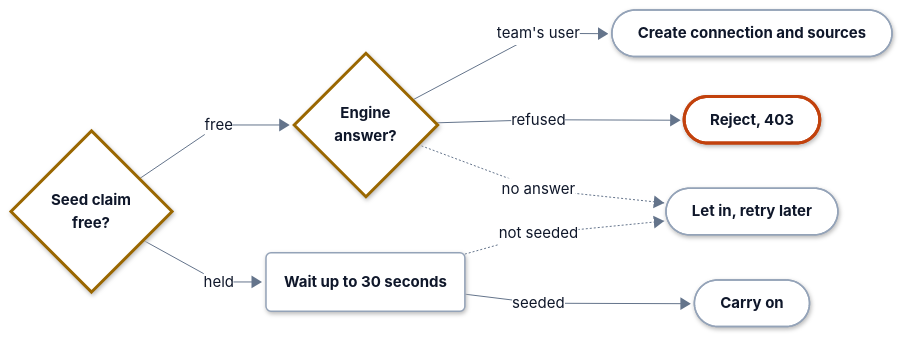
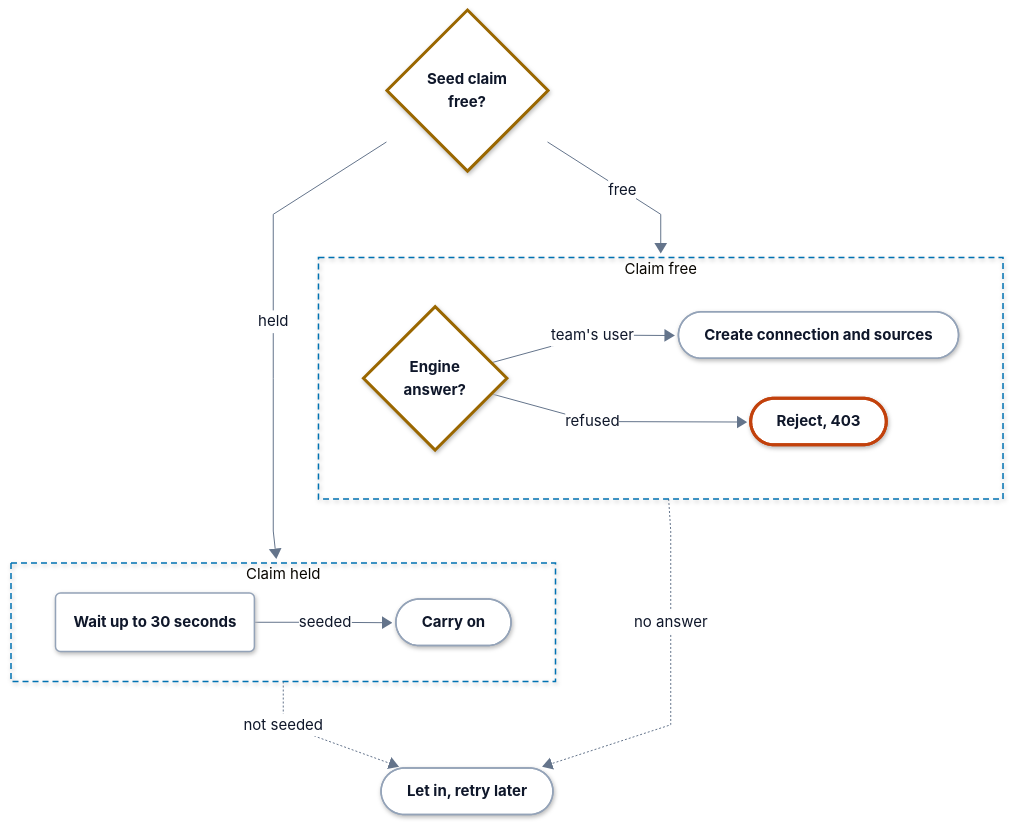
Before and after one commit to hyperi-io/dfe-hyperdx: the second of 2 diagrams in docs/architecture/team-identity.md, drawn with Mermaid. The commit also changed 15 other files, not shown here.

First line of the commit message:
docs(architecture): add the architecture page and fit every flowchart (#234)

````diff
--- a/docs/architecture/team-identity.md
+++ b/docs/architecture/team-identity.md
@@ -154,23 +154,33 @@
     .ui .label-icon{color:#D9480F}
     .ext .label-icon{color:#64748B}
 ---
-flowchart LR
+flowchart TB
   accTitle: L4 Detail -- Seeding a team connection
   accDescr: A request takes the team's seed claim if it is free and asks the engine for the caller's connection. The team's own user creates the connection and its sources. An engine 401 or 403, or another ClickHouse user, is refused with 403. Any other answer lets the request in and retries later. A request that finds the claim held waits for that seed, then carries on if the connection exists or retries later.
   claim{"<b>Seed claim<br/>free?</b>"}
-  ask{"<b>Engine<br/>answer?</b>"}
-  wait("<b>Wait up to 30 seconds</b>")
-  create(["<b>Create connection and sources</b>"])
-  refuse(["<b>Reject, 403</b>"])
+  subgraph free["Claim free"]
+    direction LR
+    ask{"<b>Engine<br/>answer?</b>"}
+    create(["<b>Create connection and sources</b>"])
+    refuse(["<b>Reject, 403</b>"])
+    ask -->|team's user| create
+    ask -->|refused| refuse
+  end
+  subgraph held["Claim held"]
+    direction LR
+    wait("<b>Wait up to 30 seconds</b>")
+    carry(["<b>Carry on</b>"])
+    wait -->|seeded| carry
+  end
   later(["<b>Let in, retry later</b>"])
-  carry(["<b>Carry on</b>"])
-  claim -->|free| ask
-  claim -->|held| wait
-  ask -->|team's user| create
-  ask -->|refused| refuse
+  claim -->|free| free
+  claim -->|held| held
+  free ~~~ held
   ask -.->|no answer| later
   wait -.->|not seeded| later
-  wait -->|seeded| carry
+  class claim,ask decision
+  class wait,create,later,carry part
+  class refuse error
   classDef ext fill:#F4F6F8,stroke:#94A3B8,stroke-width:1.5px,stroke-dasharray:5 4,color:#0F172A
   classDef ingest fill:#FFFFFF,stroke:#0E8A7D,stroke-width:3px,color:#0F172A
   classDef xform fill:#FFFFFF,stroke:#7B4FB0,stroke-width:3px,color:#0F172A
@@ -182,7 +192,6 @@
   classDef error fill:#FFFFFF,stroke:#C2410C,stroke-width:3px,color:#0F172A
   classDef control fill:#FFFFFF,stroke:#334155,stroke-width:3px,color:#0F172A
   classDef part fill:#FFFFFF,stroke:#94A3B8,stroke-width:1.5px,color:#0F172A
-  class claim,ask decision
-  class wait,create,later,carry part
-  class refuse error
+  style free fill:none,stroke:#0072B2,stroke-width:1.5px,stroke-dasharray:6 4
+  style held fill:none,stroke:#0072B2,stroke-width:1.5px,stroke-dasharray:6 4
 ```
````
